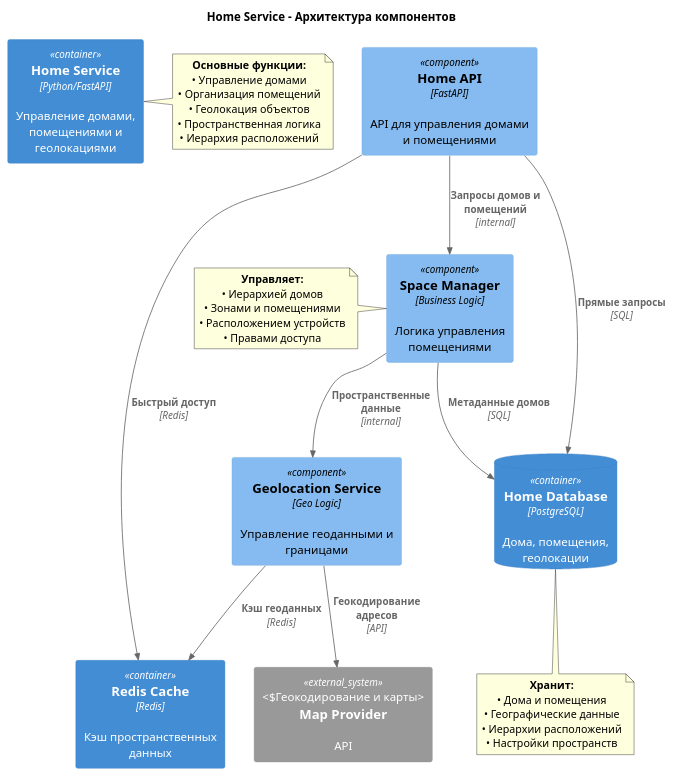
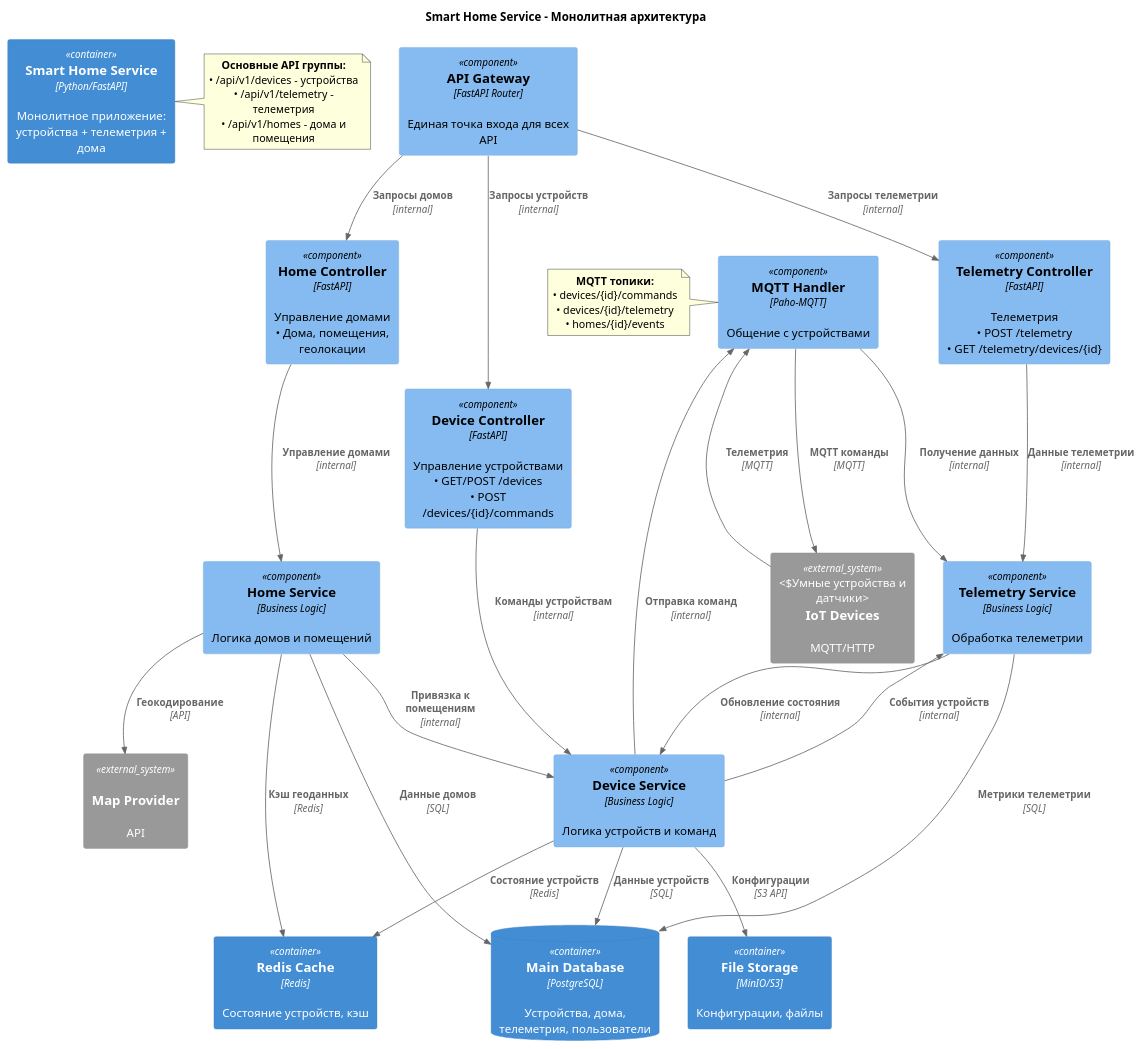
Before and after one commit to andrey5553/yandex-practicum-warmhouse: the diagram in schemas/to-be/home_service_component.puml, drawn with PlantUML. The commit also changed 9 other files, not shown here.

```diff
--- a/schemas/to-be/home_service_component.puml
+++ b/schemas/to-be/home_service_component.puml
@@ -1,62 +1,79 @@
 @startuml
 !include <C4/C4_Component>
 
-title Home Service - Архитектура компонентов
+title Smart Home Service - Монолитная архитектура
 
-Container(home_service, "Home Service", "Python/FastAPI", "Управление домами, помещениями и геолокациями")
+Container(smart_home_service, "Smart Home Service", "Python/FastAPI", "Монолитное приложение: устройства + телеметрия + дома")
 
-' === ОСНОВНЫЕ КОМПОНЕНТЫ ===
-Component(home_api, "Home API", "FastAPI", "API для управления домами и помещениями")
-Component(geolocation_service, "Geolocation Service", "Geo Logic", "Управление геоданными и границами")
-Component(space_manager, "Space Manager", "Business Logic", "Логика управления помещениями")
+' === ОСНОВНЫЕ КОМПОНЕНТЫ API ===
+Component(api_gateway, "API Gateway", "FastAPI Router", "Единая точка входа для всех API")
+Component(device_controller, "Device Controller", "FastAPI", "Управление устройствами\n• GET/POST /devices\n• POST /devices/{id}/commands")
+Component(telemetry_controller, "Telemetry Controller", "FastAPI", "Телеметрия\n• POST /telemetry\n• GET /telemetry/devices/{id}")
+Component(home_controller, "Home Controller", "FastAPI", "Управление домами\n• Дома, помещения, геолокации")
+
+' === БИЗНЕС-ЛОГИКА ===
+Component(device_service, "Device Service", "Business Logic", "Логика устройств и команд")
+Component(telemetry_service, "Telemetry Service", "Business Logic", "Обработка телеметрии")
+Component(home_service, "Home Service", "Business Logic", "Логика домов и помещений")
+
+' === ИНТЕГРАЦИЯ ===
+Component(mqtt_handler, "MQTT Handler", "Paho-MQTT", "Общение с устройствами")
 
 ' === ХРАНИЛИЩА ДАННЫХ ===
-ContainerDb(home_db, "Home Database", "PostgreSQL", "Дома, помещения, геолокации")
-Container(redis_cache, "Redis Cache", "Redis", "Кэш пространственных данных")
+ContainerDb(main_db, "Main Database", "PostgreSQL", "Устройства, дома, телеметрия, пользователи")
+Container(redis_cache, "Redis Cache", "Redis", "Состояние устройств, кэш")
+Container(file_storage, "File Storage", "MinIO/S3", "Конфигурации, файлы")
 
 ' === ВНЕШНИЕ СИСТЕМЫ ===
-System_Ext(map_provider, "Map Provider", "API", "Геокодирование и карты")
+System_Ext(iot_devices, "IoT Devices", "MQTT/HTTP", "Умные устройства и датчики")
+System_Ext(map_provider, "Map Provider", "API", "Геокодирование")
 
 ' === ОСНОВНЫЕ ВЗАИМОДЕЙСТВИЯ ===
 
-' Управление домами
-Rel(home_api, space_manager, "Запросы домов и помещений", "internal")
-Rel(space_manager, geolocation_service, "Пространственные данные", "internal")
+' API маршрутизация
+Rel(api_gateway, device_controller, "Запросы устройств", "internal")
+Rel(api_gateway, telemetry_controller, "Запросы телеметрии", "internal")
+Rel(api_gateway, home_controller, "Запросы домов", "internal")
+
+' Бизнес-логика
+Rel(device_controller, device_service, "Команды устройствам", "internal")
+Rel(telemetry_controller, telemetry_service, "Данные телеметрии", "internal")
+Rel(home_controller, home_service, "Управление домами", "internal")
+
+' Интеграция между сервисами
+Rel(device_service, telemetry_service, "События устройств", "internal")
+Rel(home_service, device_service, "Привязка к помещениям", "internal")
+Rel(telemetry_service, device_service, "Обновление состояния", "internal")
+
+' Взаимодействие с устройствами
+Rel(device_service, mqtt_handler, "Отправка команд", "internal")
+Rel(mqtt_handler, iot_devices, "MQTT команды", "MQTT")
+Rel(iot_devices, mqtt_handler, "Телеметрия", "MQTT")
+Rel(mqtt_handler, telemetry_service, "Получение данных", "internal")
 
 ' Работа с данными
-Rel(space_manager, home_db, "Метаданные домов", "SQL")
-Rel(geolocation_service, redis_cache, "Кэш геоданных", "Redis")
+Rel(device_service, main_db, "Данные устройств", "SQL")
+Rel(telemetry_service, main_db, "Метрики телеметрии", "SQL")
+Rel(home_service, main_db, "Данные домов", "SQL")
+Rel(device_service, redis_cache, "Состояние устройств", "Redis")
+Rel(home_service, redis_cache, "Кэш геоданных", "Redis")
+Rel(device_service, file_storage, "Конфигурации", "S3 API")
 
-' Внешние интеграции
-Rel(geolocation_service, map_provider, "Геокодирование адресов", "API")
+' Внешние сервисы
+Rel(home_service, map_provider, "Геокодирование", "API")
 
-' API функции
-Rel(home_api, home_db, "Прямые запросы", "SQL")
-Rel(home_api, redis_cache, "Быстрый доступ", "Redis")
-
-note right of home_service
-  <b>Основные функции:</b>
-  • Управление домами
-  • Организация помещений
-  • Геолокация объектов
-  • Пространственная логика
-  • Иерархия расположений
+note right of smart_home_service
+  <b>Основные API группы:</b>
+  • /api/v1/devices - устройства
+  • /api/v1/telemetry - телеметрия  
+  • /api/v1/homes - дома и помещения
 end note
 
-note left of space_manager
-  <b>Управляет:</b>
-  • Иерархией домов
-  • Зонами и помещениями
-  • Расположением устройств
-  • Правами доступа
-end note
-
-note bottom of home_db
-  <b>Хранит:</b>
-  • Дома и помещения
-  • Географические данные
-  • Иерархии расположений
-  • Настройки пространств
+note left of mqtt_handler
+  <b>MQTT топики:</b>
+  • devices/{id}/commands
+  • devices/{id}/telemetry
+  • homes/{id}/events
 end note
 
 @enduml
```
